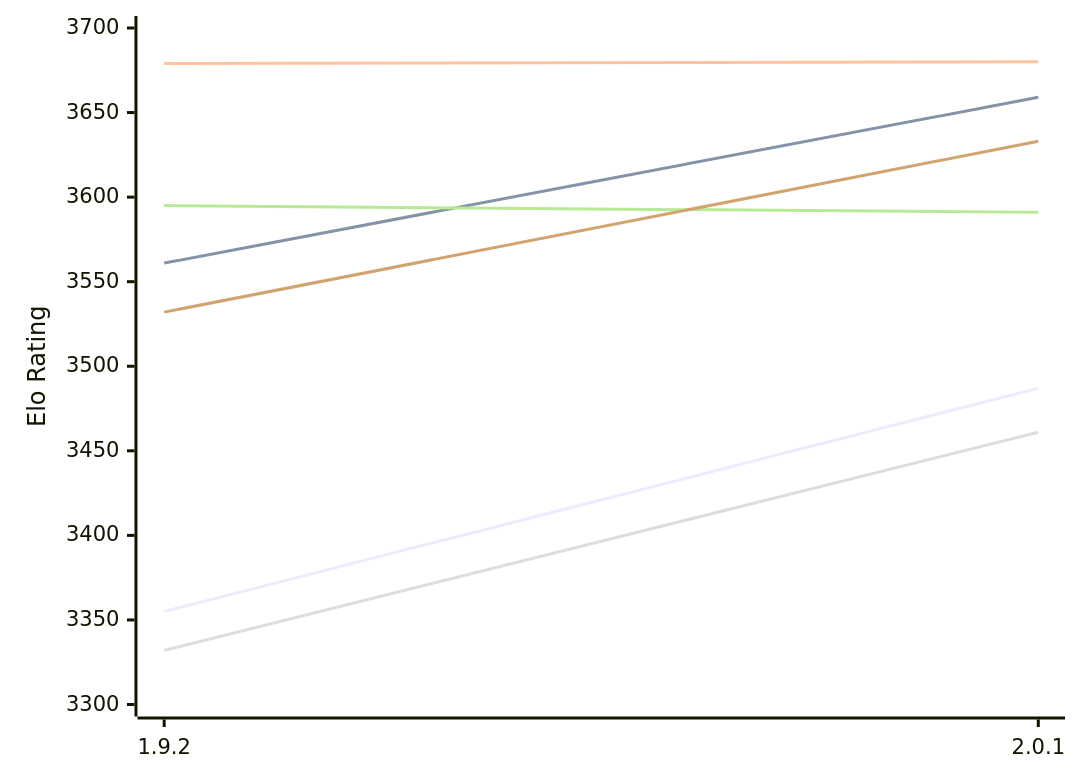
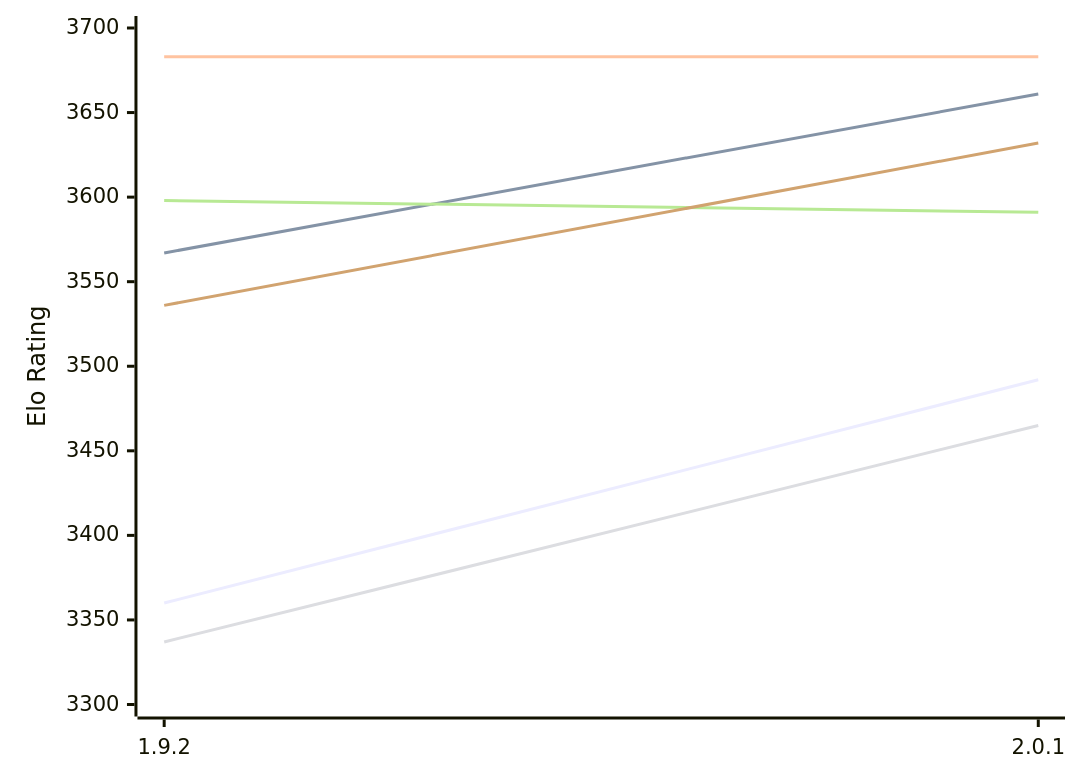
The first of 2 diagrams in engines/Pawnocchio.md (computer-chess-index/cci), drawn with Mermaid before and after one commit. The commit also changed other lines of this file, not shown here.

Commit message:
Update CCI Ratings (ELO VLTC) - 2026-11-20

````diff
--- a/engines/Pawnocchio.md
+++ b/engines/Pawnocchio.md
@@ -52,12 +52,12 @@
 ```mermaid
 %%{init: {"theme":"base","themeVariables":{"seriesColors:['#a3a3a3','#222221','#faa371']}}}%%
 xychart-beta
   x-axis ["1.9.2", "2.0.1"]
   y-axis "Elo Rating" 3300 --> 3700
-  line "E1: STC (8.0+0.08s)" [3355, 3487]
-  line "E1: LTC (60.0+0.60s)" [3561, 3659]
-  line "E1: VLTC (2m24s+1.12s)" [3679, 3680]
-  line "P1: STC (8.0+0.08s)" [3332, 3461]
-  line "P1: LTC (60.0+0.60s)" [3595, 3591]
-  line "P1: VLTC (2m24s+1.12s)" [3532, 3633]
+  line "E1: STC (8.0+0.08s)" [3360, 3492]
+  line "E1: LTC (60.0+0.60s)" [3567, 3661]
+  line "E1: VLTC (2m24s+1.12s)" [3683, 3683]
+  line "P1: STC (8.0+0.08s)" [3337, 3465]
+  line "P1: LTC (60.0+0.60s)" [3598, 3591]
+  line "P1: VLTC (2m24s+1.12s)" [3536, 3632]
 ```
````
